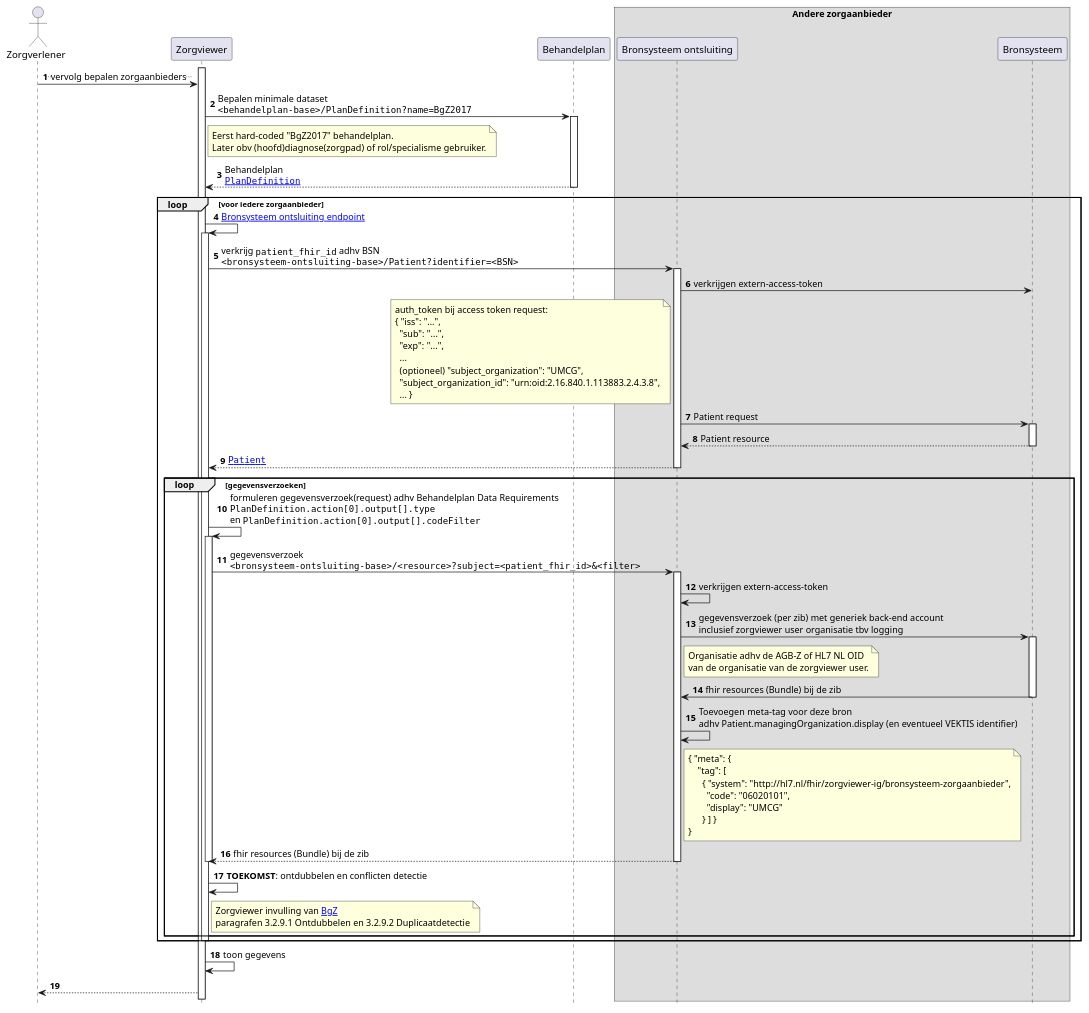
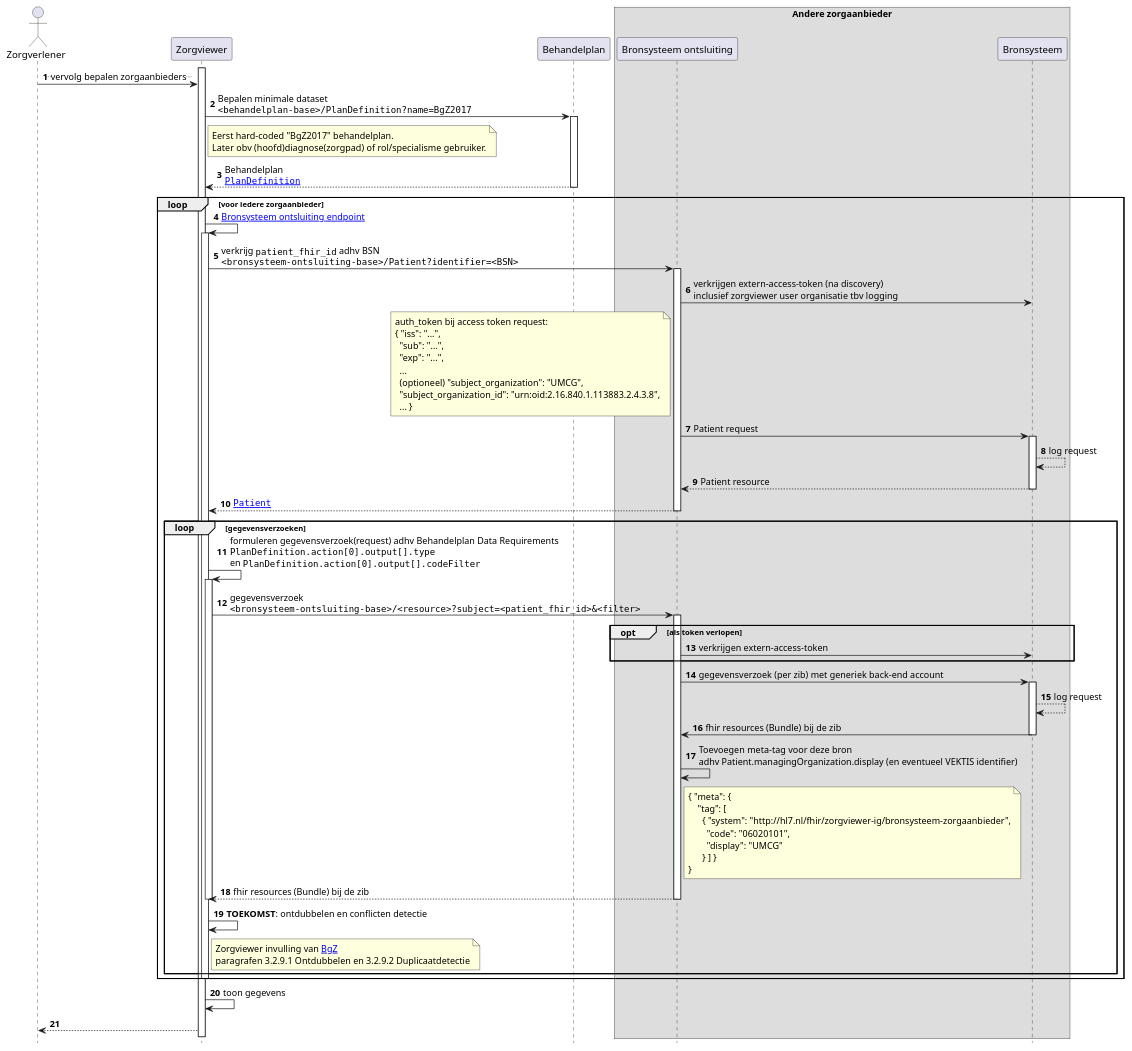
Before and after one commit to RIVO-Noord/zorgviewer-ig: the diagram in input/images-source/Zorgviewer-seq-3.plantuml, drawn with PlantUML. The commit also changed 2 other files, not shown here.

Commit message:
Updates around verkrijgen extern access token

```diff
--- a/input/images-source/Zorgviewer-seq-3.plantuml
+++ b/input/images-source/Zorgviewer-seq-3.plantuml
@@ -1,84 +1,84 @@
 @startuml
 hide footbox
 autonumber
 
 actor Zorgverlener
 participant Zorgviewer
 participant Behandelplan
 box "Andere zorgaanbieder"
 participant "Bronsysteem ontsluiting" as Bron
 participant Bronsysteem
 end box
 
 activate Zorgviewer
 Zorgverlener->Zorgviewer: ..vervolg bepalen zorgaanbieders..
 Zorgviewer->Behandelplan: Bepalen minimale dataset\n""<behandelplan-base>/PlanDefinition?name=BgZ2017""
 note right Zorgviewer
   Eerst hard-coded "BgZ2017" behandelplan.
   Later obv (hoofd)diagnose(zorgpad) of rol/specialisme gebruiker.
 end note
 activate Behandelplan
 Behandelplan-->Zorgviewer: Behandelplan\n""[[StructureDefinition-PlanDefinition.html PlanDefinition]]""
 deactivate Behandelplan
 loop voor iedere zorgaanbieder
   Zorgviewer->Zorgviewer: [[Endpoint-UMCG.html Bronsysteem ontsluiting endpoint]]
   activate Zorgviewer
   Zorgviewer->Bron : verkrijg ""patient_fhir_id"" adhv BSN\n""<bronsysteem-ontsluiting-base>/Patient?identifier=<BSN>""
   activate Bron
-  Bron->Bronsysteem : verkrijgen extern-access-token
+  Bron->Bronsysteem : verkrijgen extern-access-token (na discovery)\ninclusief zorgviewer user organisatie tbv logging
   note left Bron
     auth_token bij access token request:
     { "iss": "...",
       "sub": "...",
       "exp": "...",
       ...
       (optioneel) "subject_organization": "UMCG",
       "subject_organization_id": "urn:oid:2.16.840.1.113883.2.4.3.8",
       ... }
   end note
   Bron->Bronsysteem : Patient request
   activate Bronsysteem
+  Bronsysteem-->Bronsysteem: log request
   Bronsysteem-->Bron : Patient resource
   deactivate Bronsysteem
   Bron-->Zorgviewer : ""[[StructureDefinition-Patient.html Patient]]""
   deactivate Bron
   loop gegevensverzoeken
     Zorgviewer->Zorgviewer: formuleren gegevensverzoek(request) adhv Behandelplan Data Requirements\n""PlanDefinition.action[0].output[].type""\nen ""PlanDefinition.action[0].output[].codeFilter""
     activate Zorgviewer
     Zorgviewer->Bron: gegevensverzoek\n""<bronsysteem-ontsluiting-base>/<resource>?subject=<patient_fhir_id>&<filter>""
     activate Bron
-    Bron->Bron : verkrijgen extern-access-token
-    Bron->Bronsysteem : gegevensverzoek (per zib) met generiek back-end account\ninclusief zorgviewer user organisatie tbv logging
-    note right Bron
-Organisatie adhv de AGB-Z of HL7 NL OID 
-van de organisatie van de zorgviewer user.
-    end note
+    opt als token verlopen
+      Bron->Bronsysteem : verkrijgen extern-access-token
+    end opt
+    Bron->Bronsysteem : gegevensverzoek (per zib) met generiek back-end account
     activate Bronsysteem
+    Bronsysteem-->Bronsysteem: log request
     Bronsysteem->Bron: fhir resources (Bundle) bij de zib
     deactivate Bronsysteem
     Bron->Bron: Toevoegen meta-tag voor deze bron\nadhv Patient.managingOrganization.display (en eventueel VEKTIS identifier)
     note right Bron
 { "meta": {
     "tag": [
       { "system": "http://hl7.nl/fhir/zorgviewer-ig/bronsysteem-zorgaanbieder",
         "code": "06020101",
         "display": "UMCG"
       } ] }
 }
     end note
     Bron-->Zorgviewer: fhir resources (Bundle) bij de zib
     deactivate Bron
     deactivate Zorgviewer
     Zorgviewer->Zorgviewer: **TOEKOMST**: ontdubbelen en conflicten detectie
     note right of Zorgviewer
       Zorgviewer invulling van [[https://informatiestandaarden.nictiz.nl/wiki/BgZ:V1.0_BgZ_MSZ_Informatiestandaard BgZ]] 
       paragrafen 3.2.9.1 Ontdubbelen en 3.2.9.2 Duplicaatdetectie
     end note
   end
   deactivate Zorgviewer
 end
 
 Zorgviewer->Zorgviewer: toon gegevens
 Zorgviewer-->Zorgverlener
 
 @enduml
```
